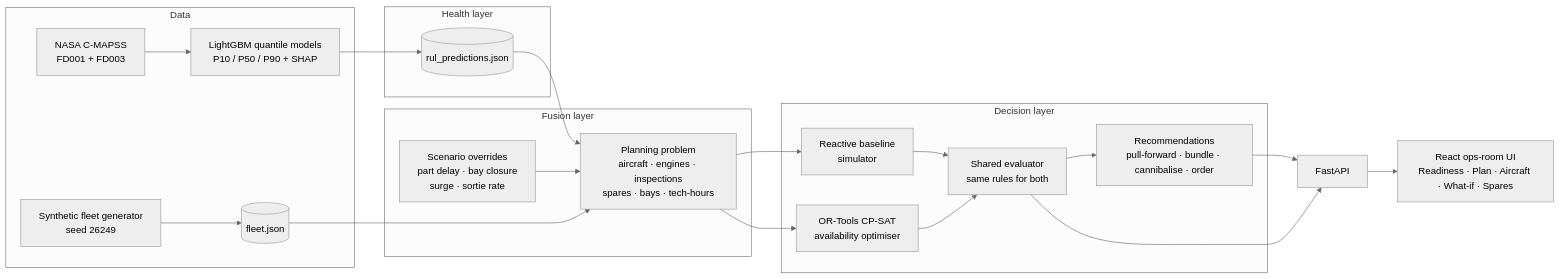
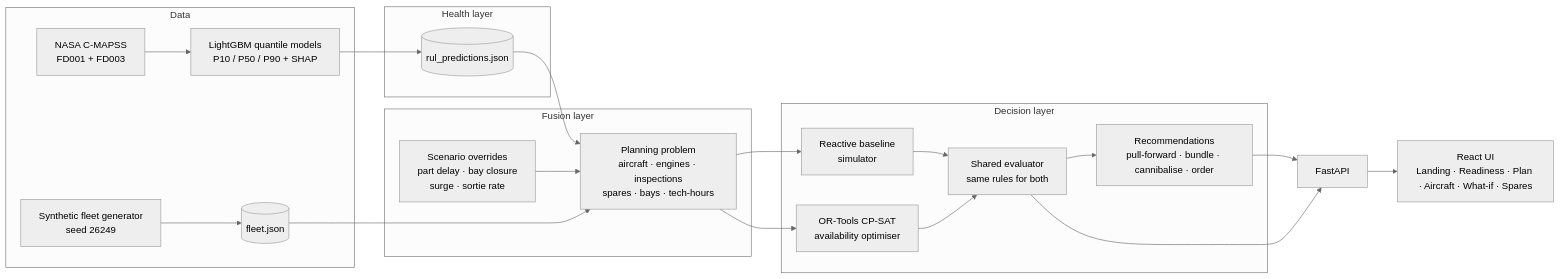
Before and after one commit to Code-maddie/AeroReady: the diagram in README.md, drawn with Mermaid (neutral theme). The commit also changed other lines of this file and 22 other files, not shown here.

````diff
--- a/README.md
+++ b/README.md
@@ -56,25 +58,25 @@
 ```mermaid
 flowchart LR
   subgraph Data
     CM[NASA C-MAPSS<br/>FD001 + FD003] --> RUL
     GEN[Synthetic fleet generator<br/>seed 26249] --> FJ[(fleet.json)]
   end
   subgraph Health layer
     RUL[LightGBM quantile models<br/>P10 / P50 / P90 + SHAP] --> RP[(rul_predictions.json)]
   end
   subgraph Fusion layer
     FJ --> PB[Planning problem<br/>aircraft · engines · inspections<br/>spares · bays · tech-hours]
     RP --> PB
     SC[Scenario overrides<br/>part delay · bay closure<br/>surge · sortie rate] --> PB
   end
   subgraph Decision layer
     PB --> BL[Reactive baseline<br/>simulator]
     PB --> OPT[OR-Tools CP-SAT<br/>availability optimiser]
     BL --> EV[Shared evaluator<br/>same rules for both]
     OPT --> EV
     EV --> REC[Recommendations<br/>pull-forward · bundle · cannibalise · order]
   end
   EV --> API[FastAPI]
   REC --> API
-  API --> UI[React ops-room UI<br/>Readiness · Plan · Aircraft · What-if · Spares]
+  API --> UI[React UI<br/>Landing · Readiness · Plan · Aircraft · What-if · Spares]
 ```
````
